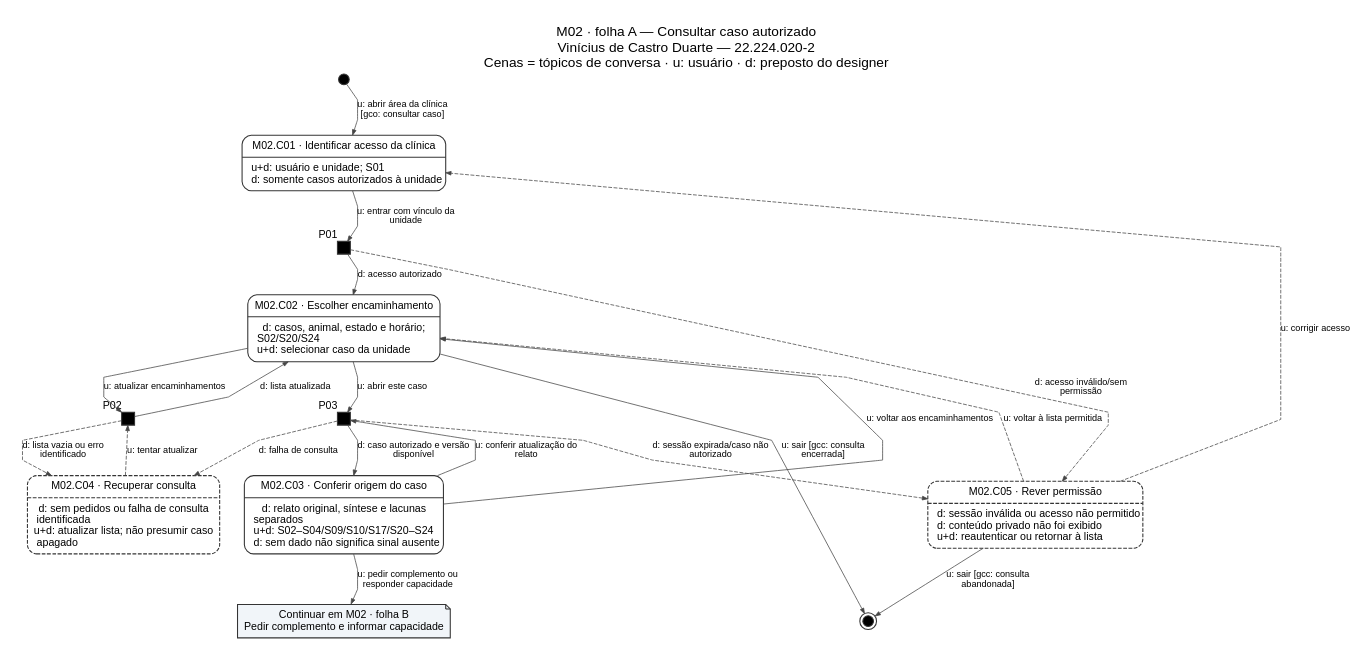
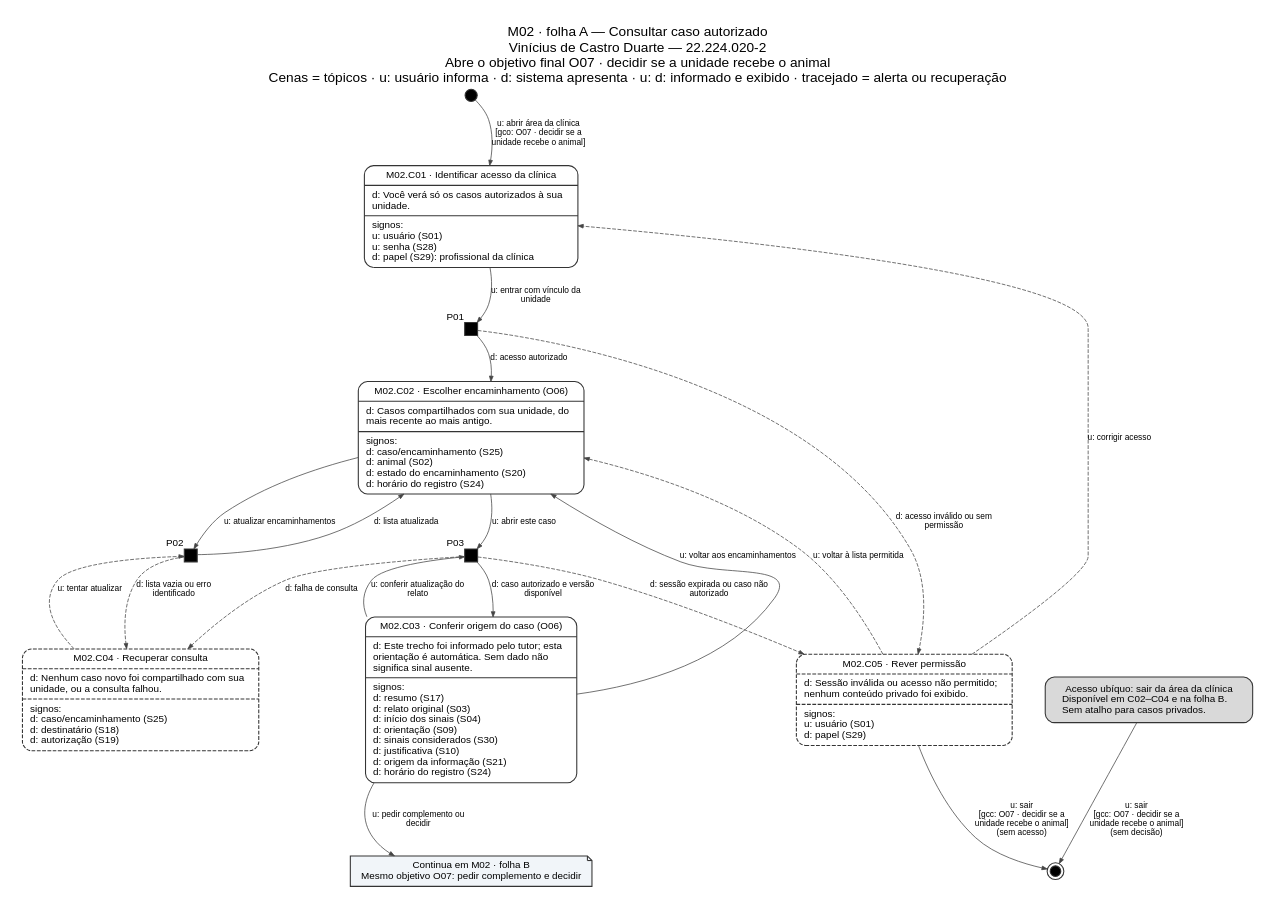
The diagram in assets/10_molic/molic_m02.dot (Ryu2525/INTERFACE-HUMANO-COMPUTADOR), drawn with Graphviz before and after one commit. The commit also changed 16 other files, not shown here.

```diff
--- a/assets/10_molic/molic_m02.dot
+++ b/assets/10_molic/molic_m02.dot
@@ -1,36 +1,42 @@
 digraph molic {
-graph [rankdir=TB, bgcolor="white", pad="0.3", nodesep="0.45", ranksep="0.55", splines=polyline, fontname="Arial", fontsize=18, labelloc=t, label="M02 · folha A — Consultar caso autorizado\nVinícius de Castro Duarte — 22.224.020-2\nCenas = tópicos de conversa · u: usuário · d: preposto do designer"];
-node [fontname="Arial", fontsize=14, color="#343434", penwidth=1.4, margin="0.16,0.10"];
-edge [fontname="Arial", fontsize=12, color="#454545", arrowsize=0.7];
-C01 [shape="Mrecord", label="{M02.C01 · Identificar acesso da clínica|u+d: usuário e unidade; S01\ld: somente casos autorizados à unidade\l}", style="solid"];
-inicio [shape="circle", style="filled", fillcolor="black", width="0.20", height="0.20", fixedsize="true", label=""];
-P01 [shape="square", style="filled", fillcolor="black", width="0.23", height="0.23", fixedsize="true", label="", xlabel="P01"];
-P02 [shape="square", style="filled", fillcolor="black", width="0.23", height="0.23", fixedsize="true", label="", xlabel="P02"];
-P03 [shape="square", style="filled", fillcolor="black", width="0.23", height="0.23", fixedsize="true", label="", xlabel="P03"];
-C02 [shape="Mrecord", label="{M02.C02 · Escolher encaminhamento|d: casos, animal, estado e horário;\nS02/S20/S24\lu+d: selecionar caso da unidade\l}", style="solid"];
-C03 [shape="Mrecord", label="{M02.C03 · Conferir origem do caso|d: relato original, síntese e lacunas\nseparados\lu+d: S02–S04/S09/S10/S17/S20–S24\ld: sem dado não significa sinal ausente\l}", style="solid"];
-C04 [shape="Mrecord", label="{M02.C04 · Recuperar consulta|d: sem pedidos ou falha de consulta\nidentificada\lu+d: atualizar lista; não presumir caso\napagado\l}", style="dashed"];
-C05 [shape="Mrecord", label="{M02.C05 · Rever permissão|d: sessão inválida ou acesso não permitido\ld: conteúdo privado não foi exibido\lu+d: reautenticar ou retornar à lista\l}", style="dashed"];
-B [shape="note", style="filled", fillcolor="#f1f5f9", label="Continuar em M02 · folha B\nPedir complemento e informar capacidade"];
+graph [rankdir=TB, bgcolor="white", pad="0.3", nodesep="0.6", ranksep="0.65", splines=true, fontname="Arial", fontsize=18, labelloc=t, label="M02 · folha A — Consultar caso autorizado\nVinícius de Castro Duarte — 22.224.020-2\nAbre o objetivo final O07 · decidir se a unidade recebe o animal\nCenas = tópicos · u: usuário informa · d: sistema apresenta · u: d: informado e exibido · tracejado = alerta ou recuperação"];
+node [fontname="Arial", fontsize=13, color="#343434", penwidth=1.4, margin="0.14,0.08"];
+edge [fontname="Arial", fontsize=11, color="#454545", arrowsize=0.7];
+inicio [shape="circle", style="filled", fillcolor="black", width="0.22", height="0.22", fixedsize="true", label=""];
+C01 [shape="Mrecord", style="solid", label="{M02.C01 · Identificar acesso da clínica|d: Você verá só os casos autorizados à sua\l   unidade.\l|signos:\lu: usuário (S01)\lu: senha (S28)\ld: papel (S29): profissional da clínica\l}"];
+P01 [shape="square", style="filled", fillcolor="black", width="0.24", height="0.24", fixedsize="true", label="", xlabel="P01"];
+P02 [shape="square", style="filled", fillcolor="black", width="0.24", height="0.24", fixedsize="true", label="", xlabel="P02"];
+P03 [shape="square", style="filled", fillcolor="black", width="0.24", height="0.24", fixedsize="true", label="", xlabel="P03"];
+C02 [shape="Mrecord", style="solid", label="{M02.C02 · Escolher encaminhamento (O06)|d: Casos compartilhados com sua unidade, do\l   mais recente ao mais antigo.\l|signos:\ld: caso/encaminhamento (S25)\ld: animal (S02)\ld: estado do encaminhamento (S20)\ld: horário do registro (S24)\l}"];
+C03 [shape="Mrecord", style="solid", label="{M02.C03 · Conferir origem do caso (O06)|d: Este trecho foi informado pelo tutor; esta\l   orientação é automática. Sem dado não\l   significa sinal ausente.\l|signos:\ld: resumo (S17)\ld: relato original (S03)\ld: início dos sinais (S04)\ld: orientação (S09)\ld: sinais considerados (S30)\ld: justificativa (S10)\ld: origem da informação (S21)\ld: horário do registro (S24)\l}"];
+C04 [shape="Mrecord", style="dashed", label="{M02.C04 · Recuperar consulta|d: Nenhum caso novo foi compartilhado com sua\l   unidade, ou a consulta falhou.\l|signos:\ld: caso/encaminhamento (S25)\ld: destinatário (S18)\ld: autorização (S19)\l}"];
+C05 [shape="Mrecord", style="dashed", label="{M02.C05 · Rever permissão|d: Sessão inválida ou acesso não permitido;\l   nenhum conteúdo privado foi exibido.\l|signos:\lu: usuário (S01)\ld: papel (S29)\l}"];
+U [shape="box", style="rounded,filled", fillcolor="#d9d9d9", fontsize=13, margin="0.3,0.12", label="Acesso ubíquo: sair da área da clínica\nDisponível em C02–C04 e na folha B.\lSem atalho para casos privados.\l"];
+B [shape="note", style="filled", fillcolor="#f1f5f9", fontsize=13, label="Continua em M02 · folha B\nMesmo objetivo O07: pedir complemento e decidir"];
 fim [shape="doublecircle", style="filled", fillcolor="black", width="0.20", height="0.20", fixedsize="true", label=""];
-inicio -> C01 -> P01 -> C02 -> P03 -> C03 -> B [style=invis, weight=100];
-inicio -> C01 [label="u: abrir área da clínica\n[gco: consultar caso]"];
+inicio -> C01 [style=invis, weight=40];
+C01 -> P01 [style=invis, weight=40];
+P01 -> C02 [style=invis, weight=40];
+C02 -> P03 [style=invis, weight=40];
+P03 -> C03 [style=invis, weight=40];
+C03 -> B [style=invis, weight=40];
+inicio -> C01 [label="u: abrir área da clínica\n[gco: O07 · decidir se a\nunidade recebe o animal]"];
 C01 -> P01 [label="u: entrar com vínculo da\nunidade"];
 P01 -> C02 [label="d: acesso autorizado"];
-P01 -> C05 [label="d: acesso inválido/sem\npermissão", style="dashed"];
+P01 -> C05 [label="d: acesso inválido ou sem\npermissão", style="dashed"];
 C05 -> C01 [label="u: corrigir acesso", style="dashed"];
-C05 -> fim [label="u: sair [gcc: consulta\nabandonada]"];
 C02 -> P02 [label="u: atualizar encaminhamentos"];
 P02 -> C02 [label="d: lista atualizada"];
 P02 -> C04 [label="d: lista vazia ou erro\nidentificado", style="dashed"];
 C04 -> P02 [label="u: tentar atualizar", style="dashed"];
 C02 -> P03 [label="u: abrir este caso"];
 P03 -> C03 [label="d: caso autorizado e versão\ndisponível"];
-P03 -> C05 [label="d: sessão expirada/caso não\nautorizado", style="dashed"];
+P03 -> C05 [label="d: sessão expirada ou caso não\nautorizado", style="dashed"];
 C05 -> C02 [label="u: voltar à lista permitida", style="dashed"];
 C03 -> P03 [label="u: conferir atualização do\nrelato"];
 P03 -> C04 [label="d: falha de consulta", style="dashed"];
-C03 -> B [label="u: pedir complemento ou\nresponder capacidade"];
+C03 -> B [label="u: pedir complemento ou\ndecidir"];
 C03 -> C02 [label="u: voltar aos encaminhamentos"];
-C02 -> fim [label="u: sair [gcc: consulta\nencerrada]"];
+C05 -> fim [label="u: sair\n[gcc: O07 · decidir se a\nunidade recebe o animal]\n(sem acesso)"];
+U -> fim [label="u: sair\n[gcc: O07 · decidir se a\nunidade recebe o animal]\n(sem decisão)"];
 }
```
